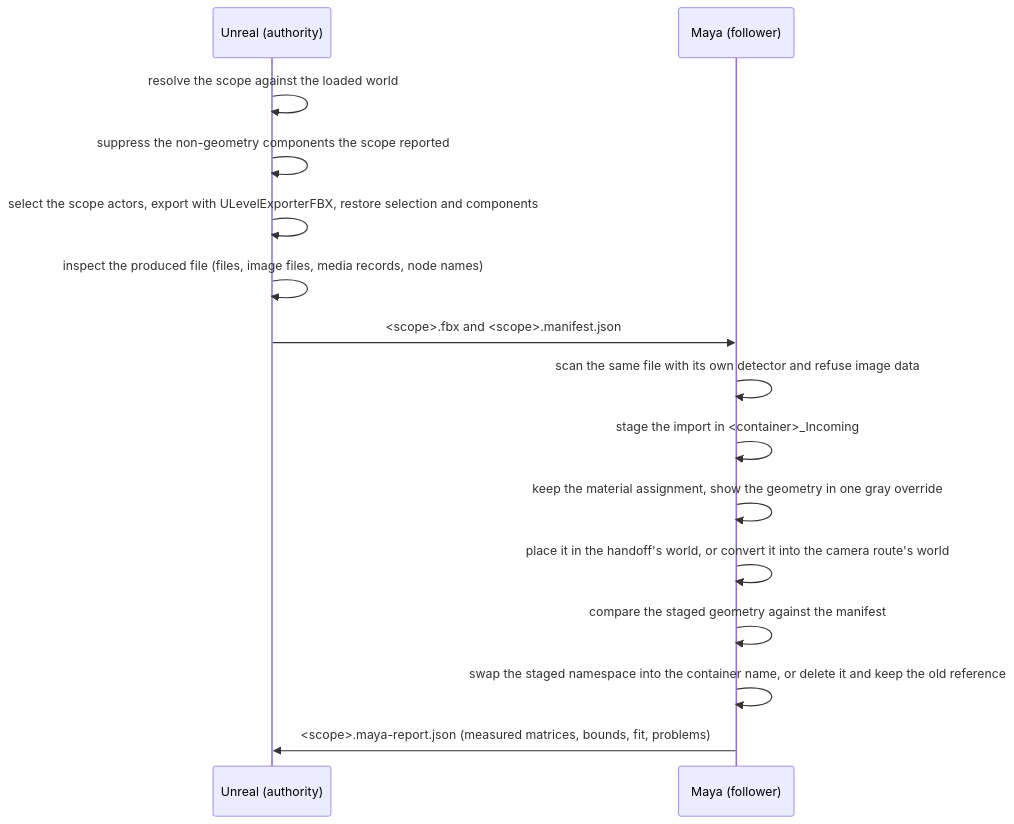
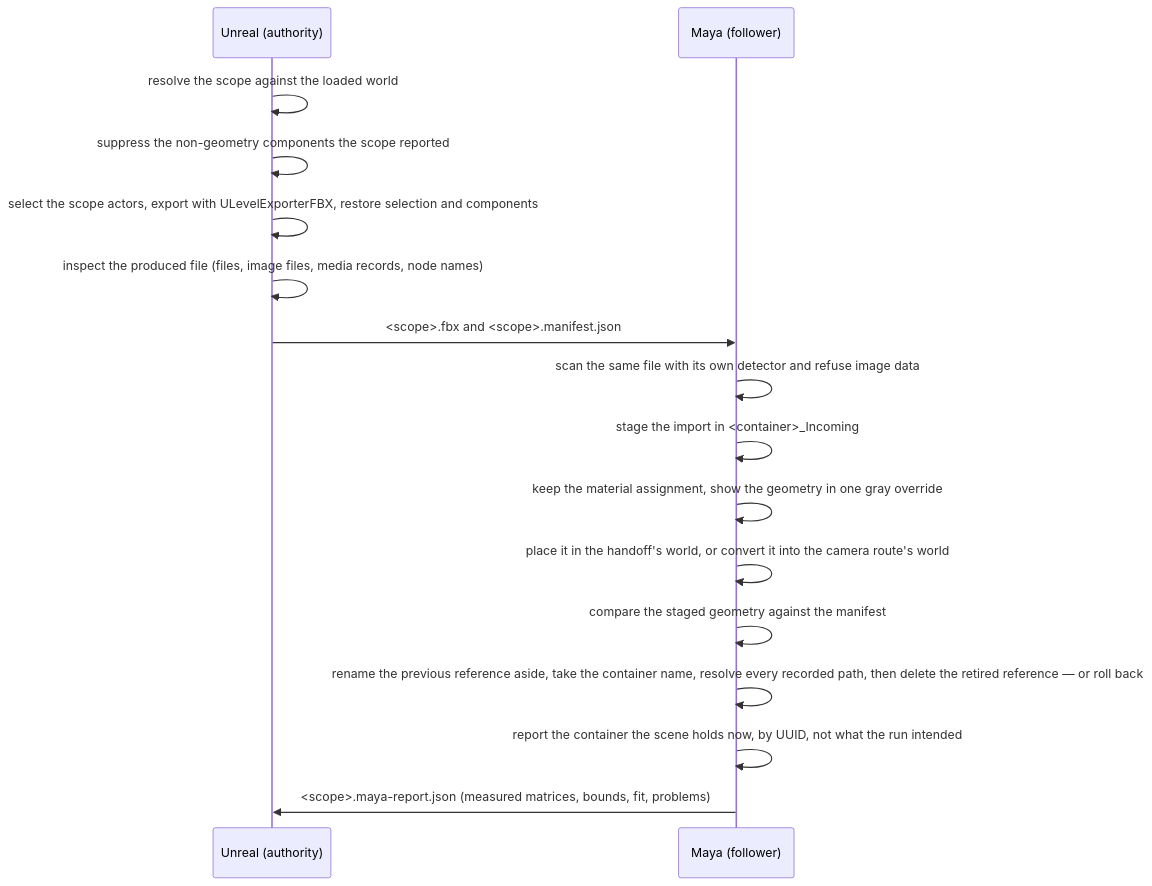
One commit to Alexis-Li/Alexis_Script_Plugin_Package changed the diagram in composite/MtoULiveLink/prototypes/scene-reference/README.md. Above: the diagram before and after it, drawn with Mermaid. The commit also changed other lines of this file and 14 other files, not shown here.

First line of the commit message:
fix(mtou): keep the scene reference update recoverable and owned (#53)

````diff
--- a/composite/MtoULiveLink/prototypes/scene-reference/README.md
+++ b/composite/MtoULiveLink/prototypes/scene-reference/README.md
@@ -28,17 +30,18 @@
 ```mermaid
 sequenceDiagram
     participant UE as Unreal (authority)
     participant MA as Maya (follower)
     UE->>UE: resolve the scope against the loaded world
     UE->>UE: suppress the non-geometry components the scope reported
     UE->>UE: select the scope actors, export with ULevelExporterFBX, restore selection and components
     UE->>UE: inspect the produced file (files, image files, media records, node names)
     UE->>MA: <scope>.fbx and <scope>.manifest.json
     MA->>MA: scan the same file with its own detector and refuse image data
     MA->>MA: stage the import in <container>_Incoming
     MA->>MA: keep the material assignment, show the geometry in one gray override
     MA->>MA: place it in the handoff's world, or convert it into the camera route's world
     MA->>MA: compare the staged geometry against the manifest
-    MA->>MA: swap the staged namespace into the container name, or delete it and keep the old reference
+    MA->>MA: rename the previous reference aside, take the container name, resolve every recorded path, then delete the retired reference — or roll back
+    MA->>MA: report the container the scene holds now, by UUID, not what the run intended
     MA->>UE: <scope>.maya-report.json (measured matrices, bounds, fit, problems)
 ```
````
